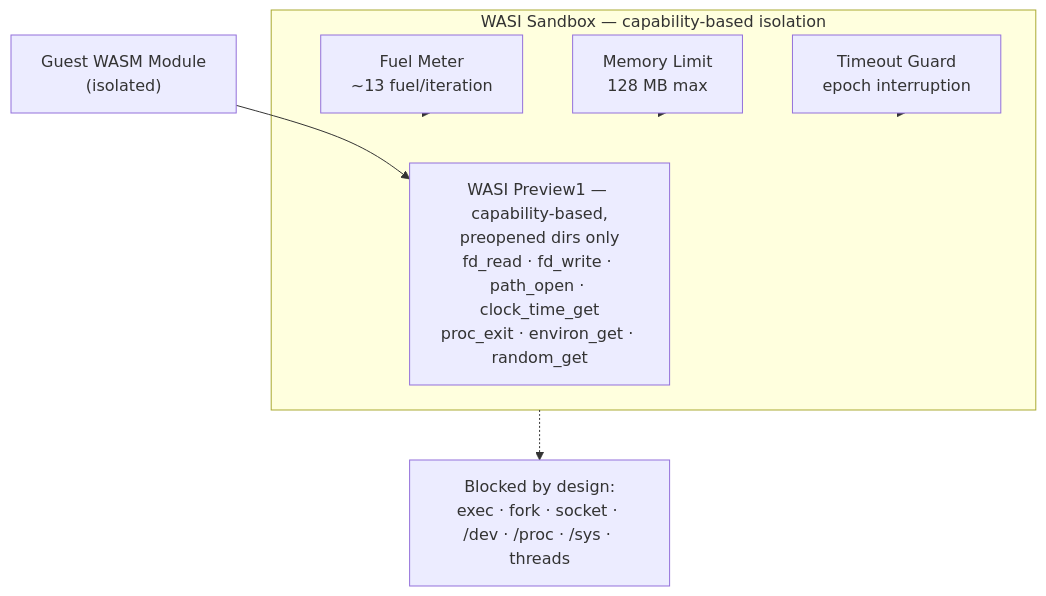
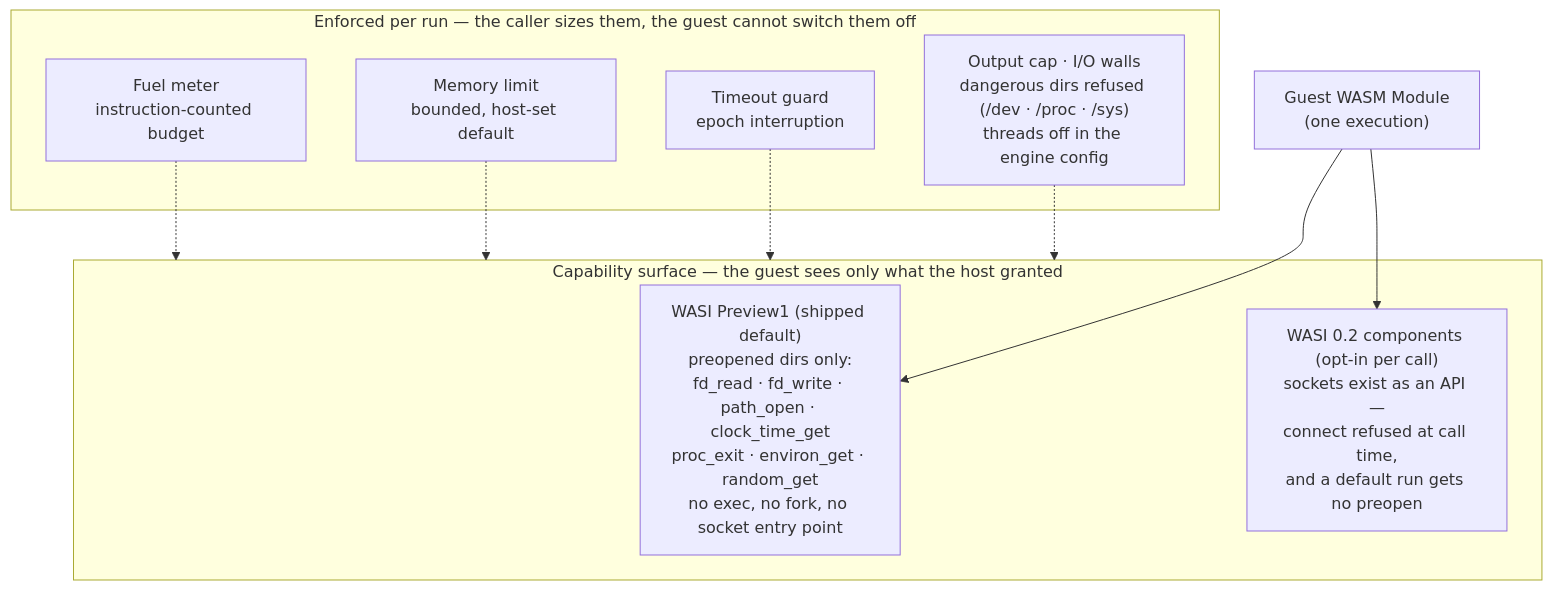
One commit to MichaelS1011/ephemora-cell changed the diagram in docs/security_posture.md. Above: the diagram before and after it, drawn with Mermaid. The commit also changed other lines of this file, not shown here.

First paragraph of the commit message:
docs(security-posture): surface diagram states both ABI paths, drops its numbers
The mermaid picture carried three claims the shipped product does not support:

````diff
--- a/docs/security_posture.md
+++ b/docs/security_posture.md
@@ -135,17 +143,20 @@
 ```mermaid
 flowchart TB
-    guest["Guest WASM Module<br/>(isolated)"]
-    subgraph sandbox["WASI Sandbox — capability-based isolation"]
-        fuel["Fuel Meter<br/>~13 fuel/iteration"]
-        mem["Memory Limit<br/>128 MB max"]
-        timeout["Timeout Guard<br/>epoch interruption"]
-        syscalls["WASI Preview1 — capability-based,<br/>preopened dirs only<br/>fd_read · fd_write · path_open · clock_time_get<br/>proc_exit · environ_get · random_get"]
+    guest["Guest WASM Module<br/>(one execution)"]
+    subgraph surface["Capability surface — the guest sees only what the host granted"]
+        p1["WASI Preview1 (shipped default)<br/>preopened dirs only:<br/>fd_read · fd_write · path_open · clock_time_get<br/>proc_exit · environ_get · random_get<br/>no exec, no fork, no socket entry point"]
+        p2["WASI 0.2 components (opt-in per call)<br/>sockets exist as an API —<br/>connect refused at call time,<br/>and a default run gets no preopen"]
     end
-    blocked["Blocked by design:<br/>exec · fork · socket · /dev · /proc · /sys · threads"]
-
-    guest --> syscalls
-    fuel -.-> sandbox
-    mem -.-> sandbox
-    timeout -.-> sandbox
-    sandbox -.-> blocked
+    subgraph meters["Enforced per run — the caller sizes them, the guest cannot switch them off"]
+        fuel["Fuel meter<br/>instruction-counted budget"]
+        mem["Memory limit<br/>bounded, host-set default"]
+        timeout["Timeout guard<br/>epoch interruption"]
+        walls["Output cap · I/O walls<br/>dangerous dirs refused (/dev · /proc · /sys)<br/>threads off in the engine config"]
+    end
+    guest --> p1
+    guest --> p2
+    fuel -.-> surface
+    mem -.-> surface
+    timeout -.-> surface
+    walls -.-> surface
 ```
````
